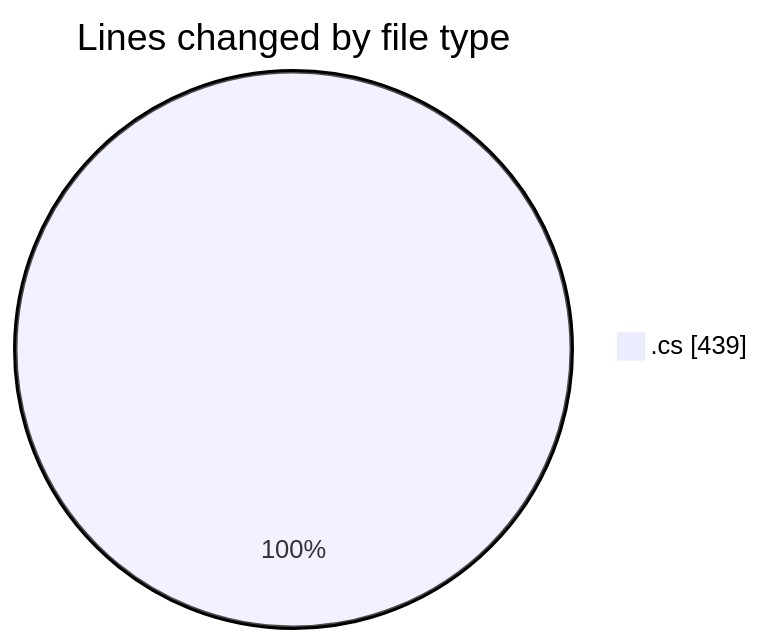
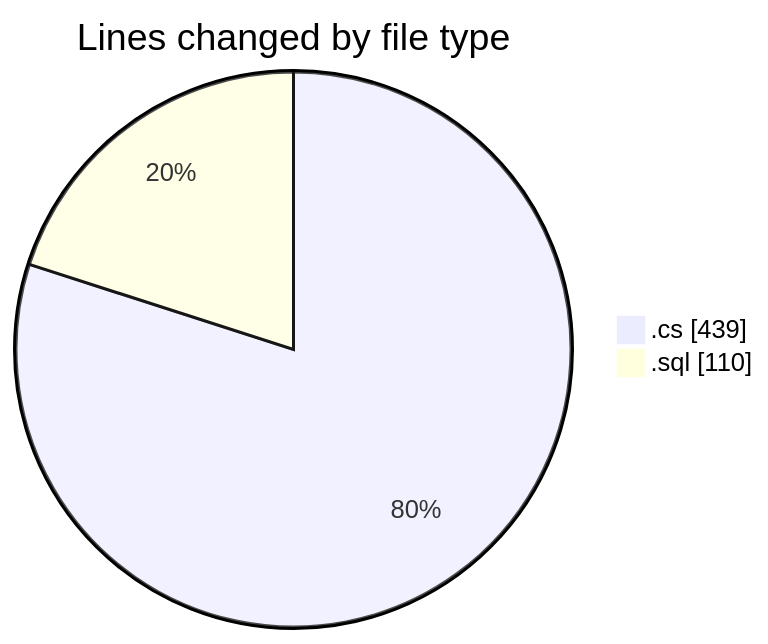
Before and after one commit to Netris89/code-tracking: the first of 2 diagrams in 2025-04-04/back-end/README.md, drawn with Mermaid. The commit also changed other lines of this file and 1 other file, not shown here.

````diff
--- a/2025-04-04/back-end/README.md
+++ b/2025-04-04/back-end/README.md
@@ -20,5 +21,6 @@
 ```mermaid
 pie showData
 title Lines changed by file type
 ".cs" : 439
+".sql" : 110
 ```
````
